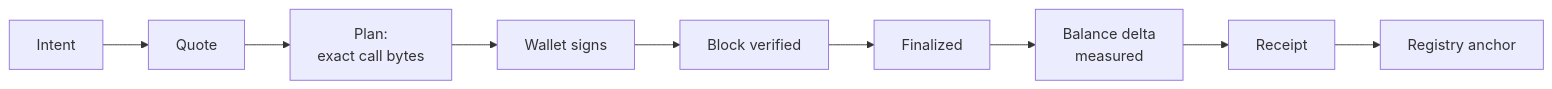
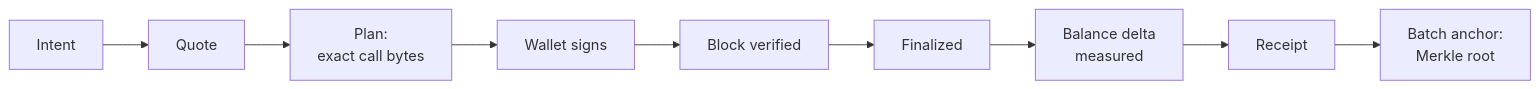
The second of 2 diagrams in README.md (Saber1Y/RelayMesh), drawn with Mermaid before and after one commit. The commit also changed other lines of this file and 1 other file, not shown here.

Commit message:
docs: describe batch anchoring, its leaf format, thresholds and recovery

````diff
--- a/README.md
+++ b/README.md
@@ -189,11 +206,11 @@
 ```mermaid
 flowchart LR
     A[Intent] --> B[Quote]
     B --> C[Plan:<br/>exact call bytes]
     C --> D[Wallet signs]
     D --> E[Block verified]
     E --> F[Finalized]
     F --> G[Balance delta<br/>measured]
     G --> H[Receipt]
-    H --> I[Registry anchor]
+    H --> I[Batch anchor:<br/>Merkle root]
 ```
````
